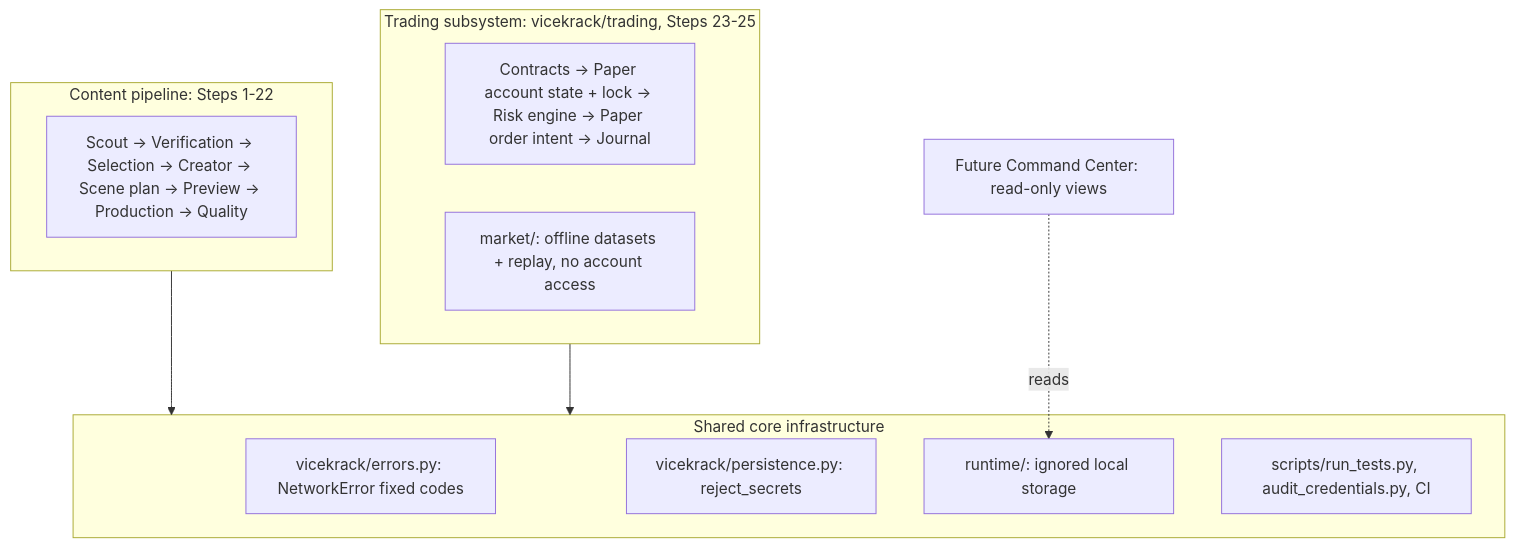
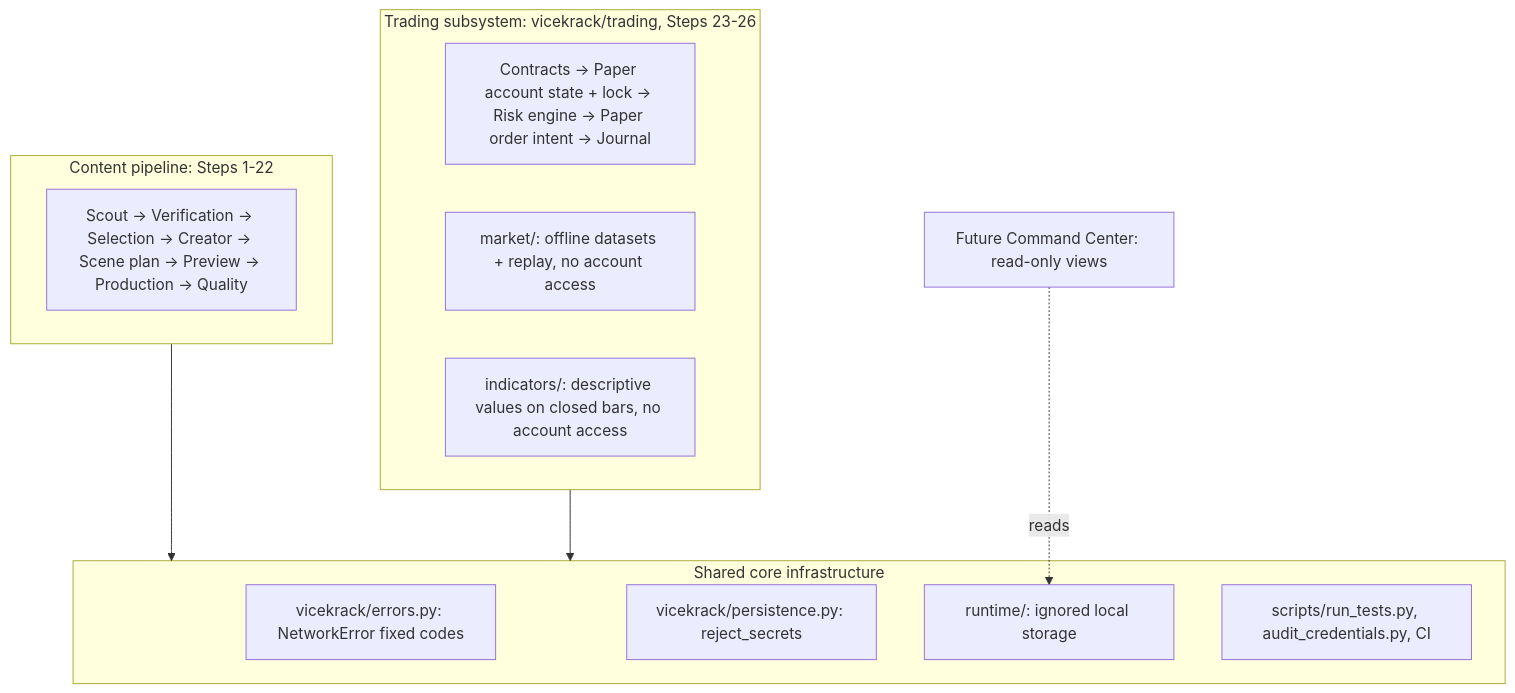
The diagram in docs/subsystems.md (richburtonjr-pixel/-Vicekrack-agent-network), drawn with Mermaid before and after one commit. The commit also changed other lines of this file and 17 other files, not shown here.

First line of the commit message:
Step 26: deterministic offline technical indicators on closed bars

````diff
--- a/docs/subsystems.md
+++ b/docs/subsystems.md
@@ -6,20 +6,21 @@
 ```mermaid
 flowchart TB
     subgraph Core[Shared core infrastructure]
         E[vicekrack/errors.py: NetworkError fixed codes]
         P[vicekrack/persistence.py: reject_secrets]
         R[runtime/: ignored local storage]
         CI[scripts/run_tests.py, audit_credentials.py, CI]
     end
     subgraph Content[Content pipeline: Steps 1-22]
         C1[Scout -> Verification -> Selection -> Creator -> Scene plan -> Preview -> Production -> Quality]
     end
-    subgraph Trading[Trading subsystem: vicekrack/trading, Steps 23-25]
+    subgraph Trading[Trading subsystem: vicekrack/trading, Steps 23-26]
         T1[Contracts -> Paper account state + lock -> Risk engine -> Paper order intent -> Journal]
         T2[market/: offline datasets + replay, no account access]
+        T3[indicators/: descriptive values on closed bars, no account access]
     end
     CC[Future Command Center: read-only views]
     Content --> Core
     Trading --> Core
     CC -. reads .-> R
 ```
````
